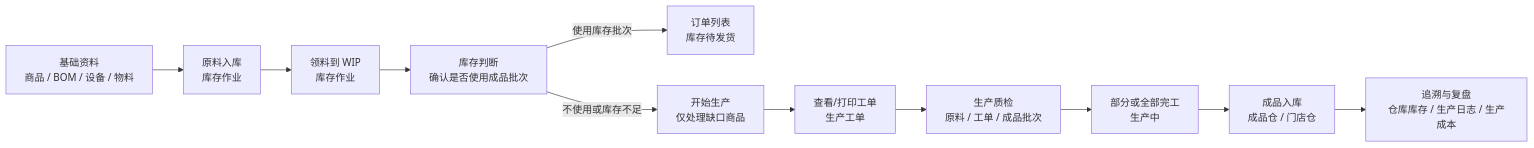
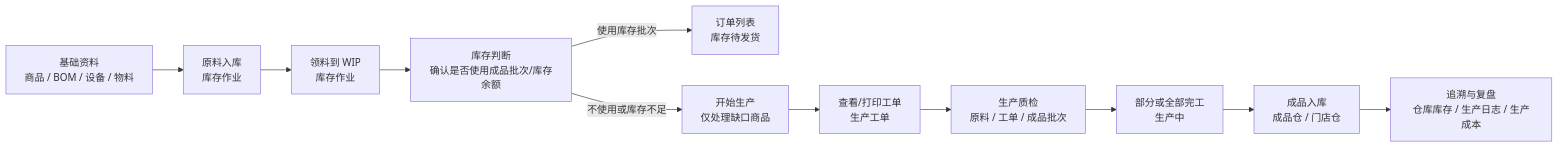
One commit to Backstage2539/KFerp changed the first of 4 diagrams in orderapp-remote/docs/production-flow-user-manual.md. Above: the diagram before and after it, drawn with Mermaid. The commit also changed other lines of this file and 12 other files, not shown here.

````diff
--- a/orderapp-remote/docs/production-flow-user-manual.md
+++ b/orderapp-remote/docs/production-flow-user-manual.md
@@ -7,13 +7,13 @@
 ```mermaid
 flowchart LR
   A["基础资料<br/>商品 / BOM / 设备 / 物料"] --> B["原料入库<br/>库存作业"]
   B --> C["领料到 WIP<br/>库存作业"]
-  C --> D["库存判断<br/>确认是否使用成品批次"]
+  C --> D["库存判断<br/>确认是否使用成品批次/库存余额"]
   D -->|使用库存批次| J["订单列表<br/>库存待发货"]
   D -->|不使用或库存不足| E["开始生产<br/>仅处理缺口商品"]
   E --> F["查看/打印工单<br/>生产工单"]
   F --> Q["生产质检<br/>原料 / 工单 / 成品批次"]
   Q --> G["部分或全部完工<br/>生产中"]
   G --> H["成品入库<br/>成品仓 / 门店仓"]
   H --> I["追溯与复盘<br/>仓库库存 / 生产日志 / 生产成本"]
 ```
````
